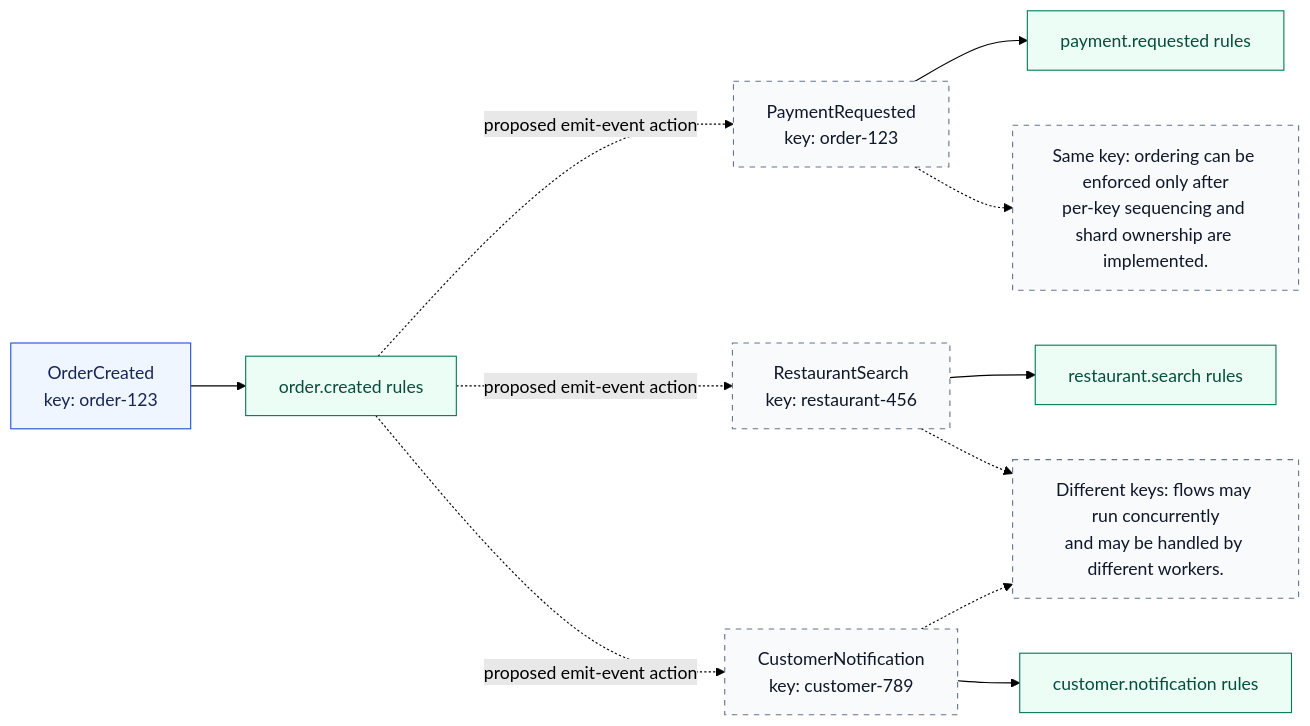
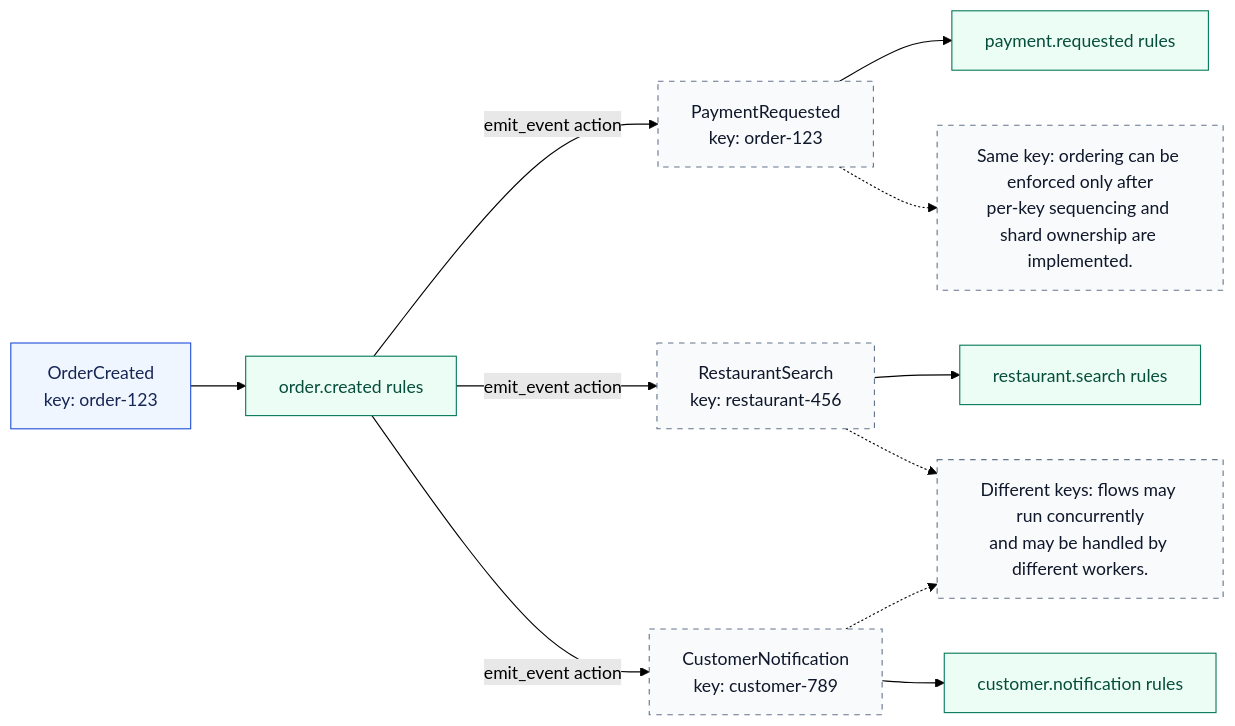
The diagram in docs/27-order-flow-example.mmd (premchandkpc/kafka-simulate-rule), drawn with Mermaid (forest theme) before and after one commit. The commit also changed 23 other files, not shown here.

```diff
--- a/docs/27-order-flow-example.mmd
+++ b/docs/27-order-flow-example.mmd
@@ -1,23 +1,23 @@
 flowchart LR
     classDef event fill:#eff6ff,stroke:#1d4ed8,color:#172554
     classDef rule fill:#ecfdf5,stroke:#047857,color:#064e3b
     classDef target fill:#f8fafc,stroke:#64748b,color:#0f172a,stroke-dasharray: 5 5
 
     Order[OrderCreated<br/>key: order-123]:::event
     OrderRules[order.created rules]:::rule
     Payment[PaymentRequested<br/>key: order-123]:::target
     Restaurant[RestaurantSearch<br/>key: restaurant-456]:::target
     Notify[CustomerNotification<br/>key: customer-789]:::target
     PaymentRules[payment.requested rules]:::rule
     RestaurantRules[restaurant.search rules]:::rule
     NotifyRules[customer.notification rules]:::rule
 
     Order --> OrderRules
-    OrderRules -. proposed emit-event action .-> Payment --> PaymentRules
-    OrderRules -. proposed emit-event action .-> Restaurant --> RestaurantRules
-    OrderRules -. proposed emit-event action .-> Notify --> NotifyRules
+    OrderRules -->|emit_event action| Payment --> PaymentRules
+    OrderRules -->|emit_event action| Restaurant --> RestaurantRules
+    OrderRules -->|emit_event action| Notify --> NotifyRules
     Same[Same key: ordering can be enforced only after<br/>per-key sequencing and shard ownership are implemented.]:::target
     Different[Different keys: flows may run concurrently<br/>and may be handled by different workers.]:::target
     Payment -.-> Same
     Restaurant -.-> Different
     Notify -.-> Different
```
